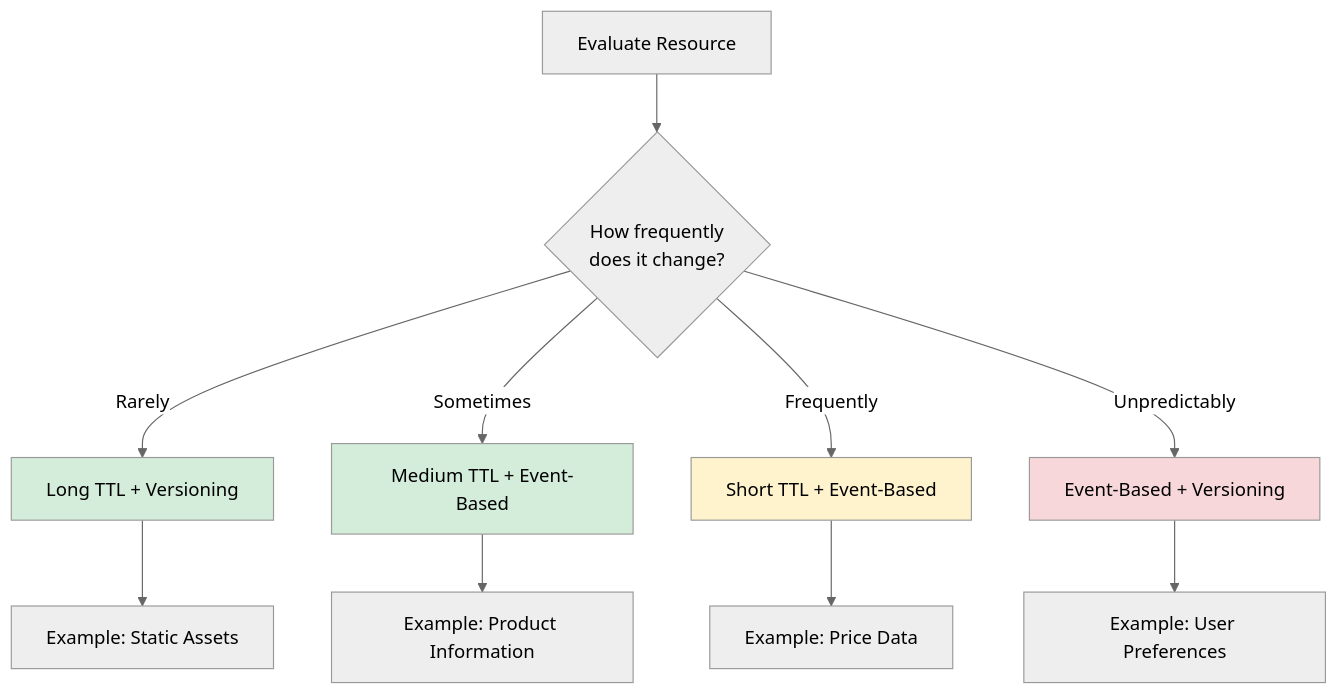
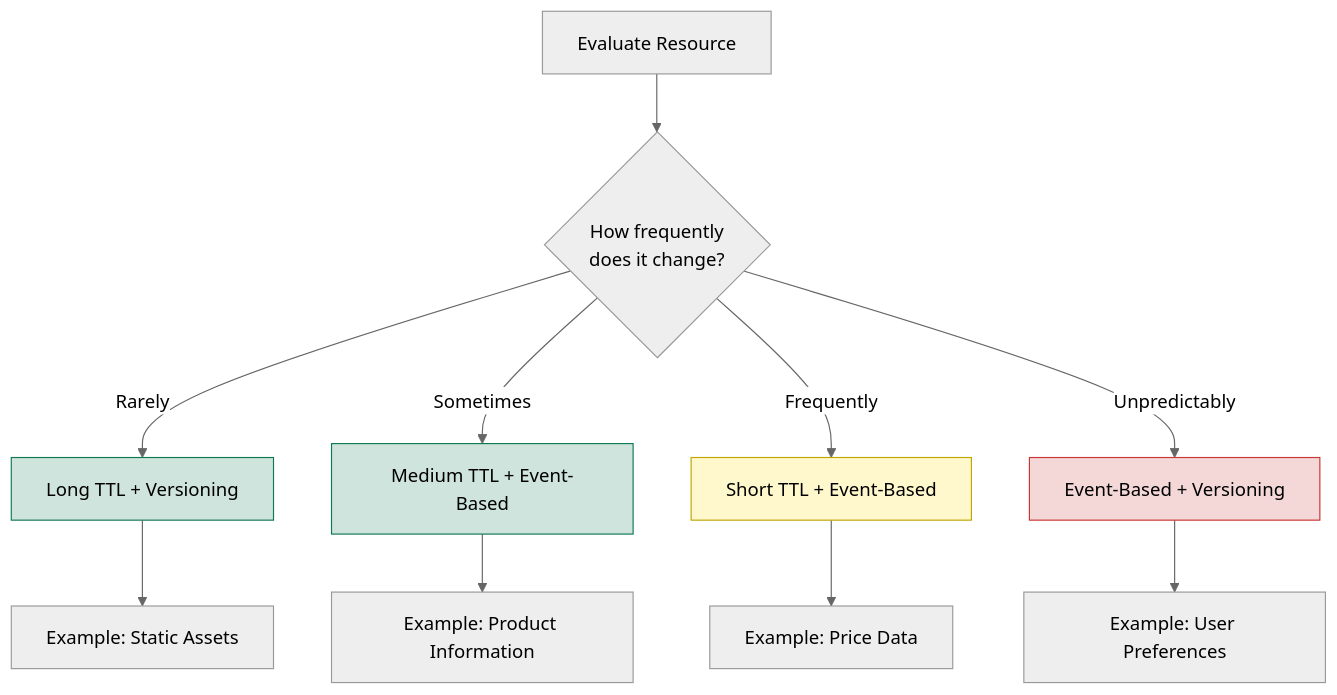
Before and after one commit to ukhsa-collaboration/standards-api: the eighth of 9 diagrams in docs/api-guidelines/performance-reliability-monitoring/caching.md, drawn with Mermaid (neutral theme). The commit also changed other lines of this file and 1 other file, not shown here.

First line of the commit message:
docs: use GOV.UK colours in caching and resilience diagrams

````diff
--- a/docs/api-guidelines/performance-reliability-monitoring/caching.md
+++ b/docs/api-guidelines/performance-reliability-monitoring/caching.md
@@ -480,19 +480,22 @@
 ```mermaid
 flowchart TD
     A[Evaluate Resource] --> B{How frequently<br>does it change?}
     
     B -->|Rarely| C[Long TTL + Versioning]
     B -->|Sometimes| D[Medium TTL + Event-Based]
     B -->|Frequently| E[Short TTL + Event-Based]
     B -->|Unpredictably| F[Event-Based + Versioning]
     
     C --> G[Example: Static Assets]
     D --> H[Example: Product Information]
     E --> I[Example: Price Data]
     F --> J[Example: User Preferences]
     
-    style C fill:#d4edda
-    style D fill:#d4edda
-    style E fill:#fff3cd
-    style F fill:#f8d7da
+    classDef good fill:#cfe4dc,stroke:#0f7a52
+    classDef caution fill:#fff8cc,stroke:#bfa600
+    classDef bad fill:#f4d7d7,stroke:#ca3535
+
+    class C,D good
+    class E caution
+    class F bad
 ```
````
